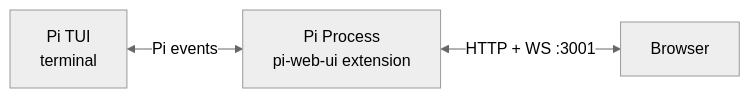
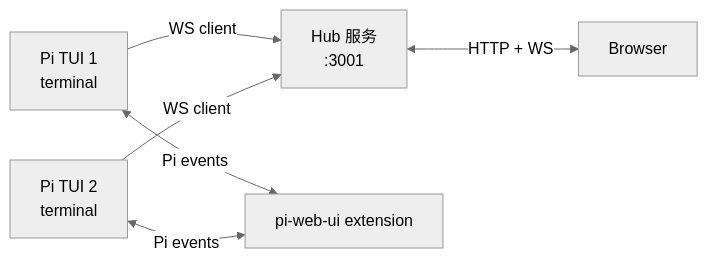
The diagram in README.md (kkkiio/pi-web-ui), drawn with Mermaid (neutral theme) before and after one commit. The commit also changed other lines of this file and 11 other files, not shown here.

````diff
--- a/README.md
+++ b/README.md
@@ -113,5 +133,8 @@
 ```mermaid
 graph LR
-    A[Pi TUI<br/>terminal] <-->|Pi events| B[Pi Process<br/>pi-web-ui extension]
-    B <-->|HTTP + WS :3001| C[Browser]
+    A[Pi TUI 1<br/>terminal] -->|WS client| H[Hub 服务<br/>:3001]
+    B[Pi TUI 2<br/>terminal] -->|WS client| H
+    H <-->|HTTP + WS| C[Browser]
+    A <-->|Pi events| E[pi-web-ui extension]
+    B <-->|Pi events| E
 ```
````
